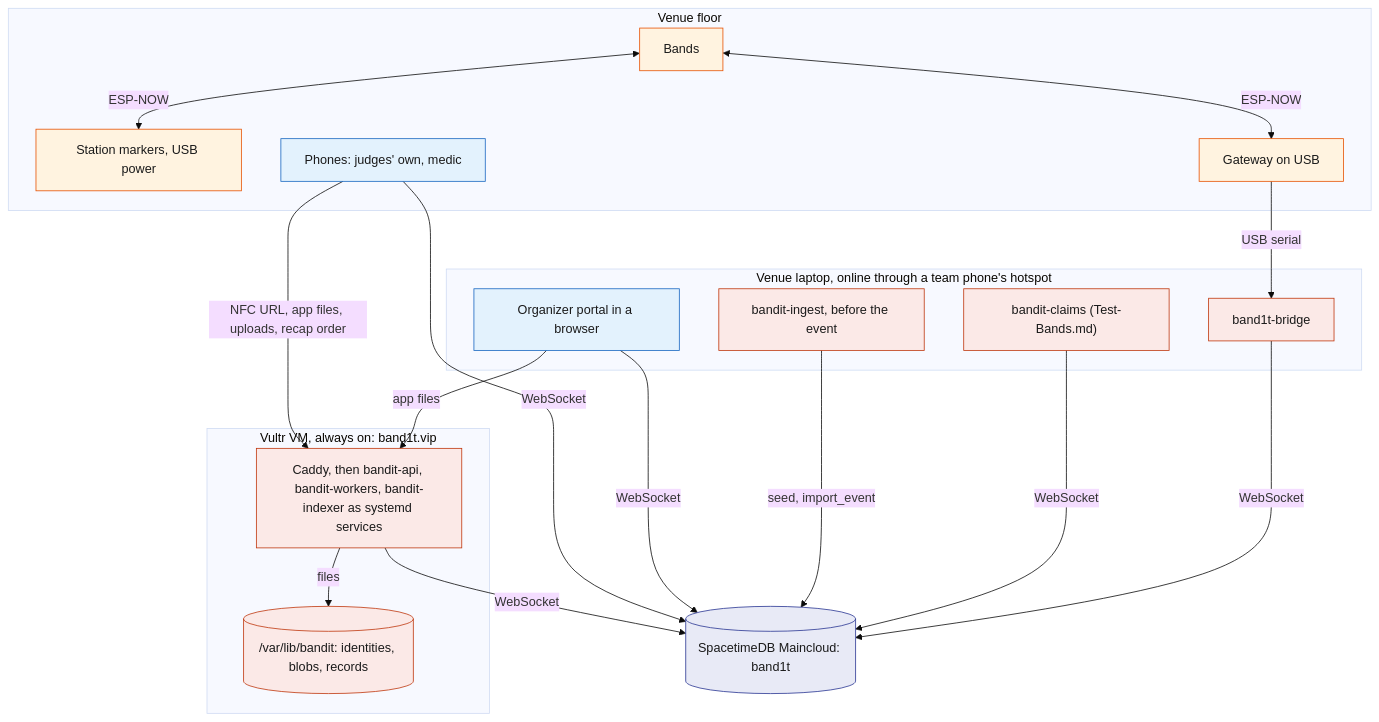
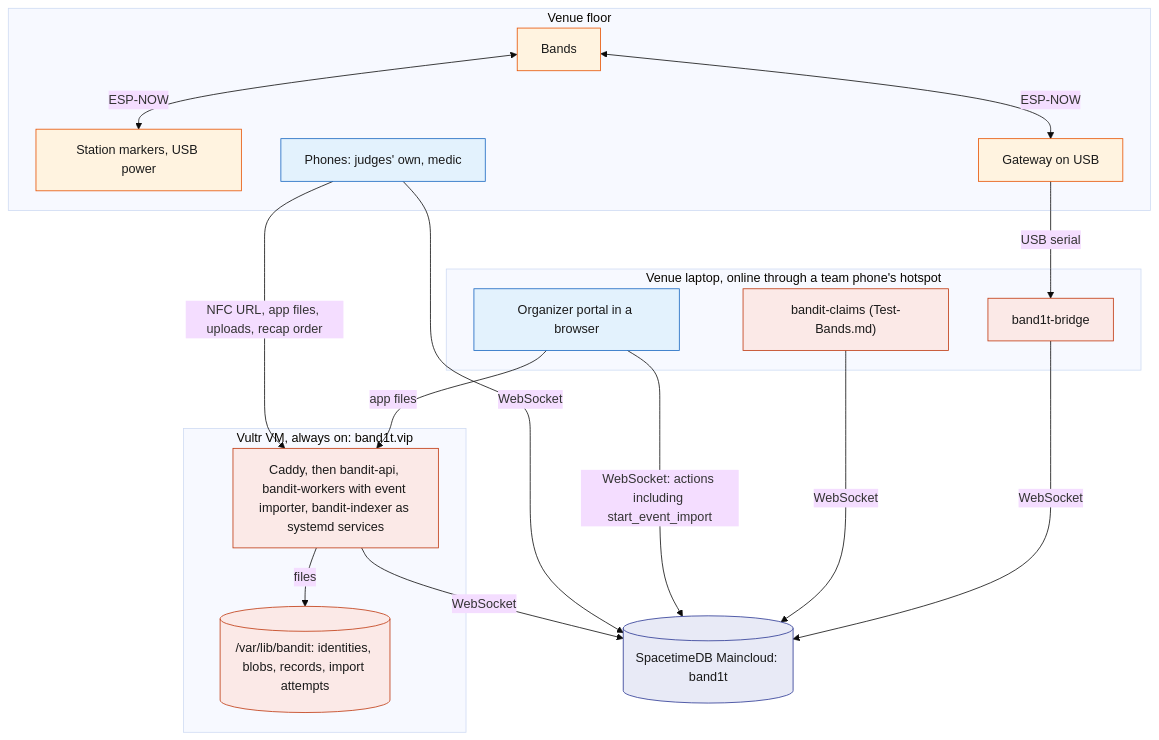
One commit to viktorinkov/cal-hacks-13 changed the sixth of 6 diagrams in System Design/1-overview/Architecture.md. Above: the diagram before and after it, drawn with Mermaid (base theme). The commit also changed other lines of this file and 39 other files, not shown here.

````diff
--- a/System Design/1-overview/Architecture.md
+++ b/System Design/1-overview/Architecture.md
@@ -504,42 +504,40 @@
 ```mermaid
 flowchart TB
   subgraph Floor["Venue floor"]
     Bands["Bands"]
     StationMarkers["Station markers, USB power"]
     Gateway["Gateway on USB"]
     Phones["Phones: judges' own, medic"]
   end
   subgraph Laptop["Venue laptop, online through a team phone's hotspot"]
     Bridge["band1t-bridge"]
     Sim["bandit-claims (Test-Bands.md)"]
-    Ingest["bandit-ingest, before the event"]
     OpsUI["Organizer portal in a browser"]
   end
   subgraph VM["Vultr VM, always on: band1t.vip"]
-    Svc["Caddy, then bandit-api, bandit-workers, bandit-indexer as systemd services"]
-    Vol[("/var/lib/bandit: identities, blobs, records")]
+    Svc["Caddy, then bandit-api, bandit-workers with event importer, bandit-indexer as systemd services"]
+    Vol[("/var/lib/bandit: identities, blobs, records, import attempts")]
   end
   STDBCloud[("SpacetimeDB Maincloud: band1t")]
 
   Bands <-->|"ESP-NOW"| StationMarkers
   Bands <-->|"ESP-NOW"| Gateway
   Gateway -->|"USB serial"| Bridge
   Bridge -->|"WebSocket"| STDBCloud
   Sim -->|"WebSocket"| STDBCloud
-  Ingest -->|"seed, import_event"| STDBCloud
-  OpsUI -->|"WebSocket"| STDBCloud
+  OpsUI -->|"WebSocket: actions including start_event_import"| STDBCloud
   OpsUI -->|"app files"| Svc
   Phones -->|"NFC URL, app files, uploads, recap order"| Svc
   Phones -->|"WebSocket"| STDBCloud
   Svc -->|"WebSocket"| STDBCloud
   Svc -->|"files"| Vol
 
   classDef device fill:#FFF3E0,stroke:#E65100,color:#1A1A1A
   classDef rust fill:#FBE9E7,stroke:#BF360C,color:#1A1A1A
   classDef stdb fill:#E8EAF6,stroke:#283593,color:#1A1A1A
   classDef web fill:#E3F2FD,stroke:#1565C0,color:#1A1A1A
   class Bands,StationMarkers,Gateway device
-  class Bridge,Sim,Ingest,Svc,Vol rust
+  class Bridge,Sim,Svc,Vol rust
   class STDBCloud stdb
   class Phones,OpsUI web
 ```
````
